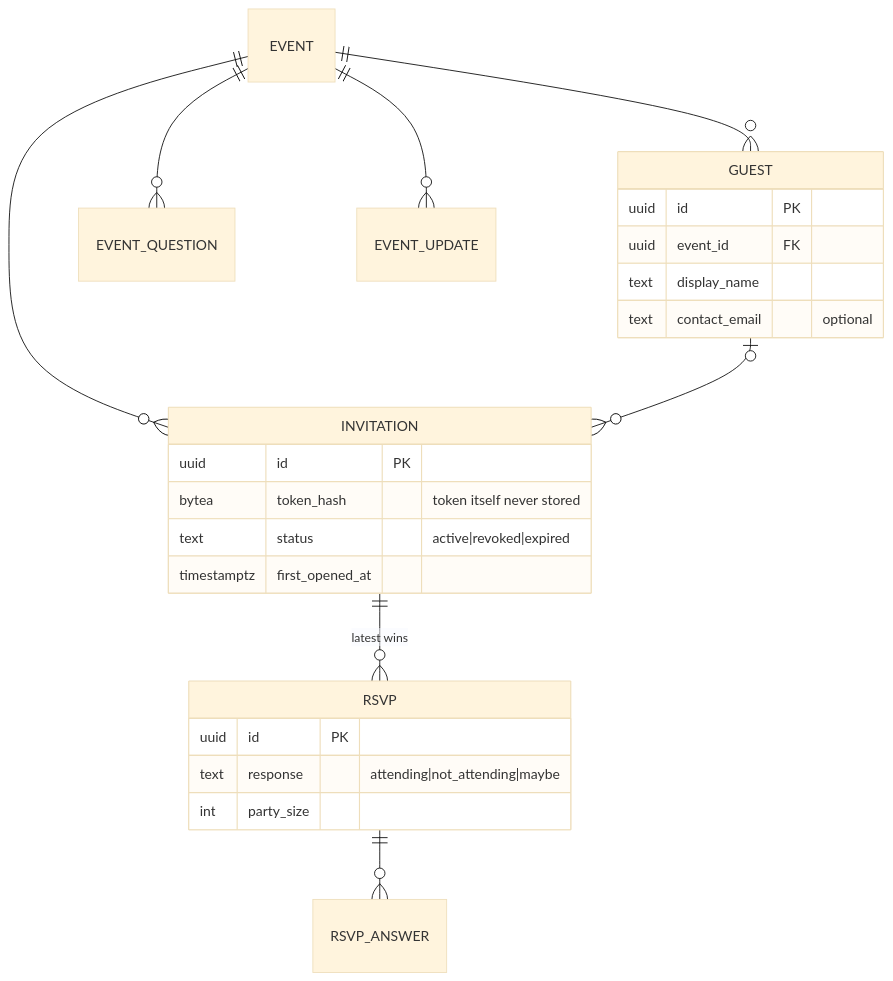
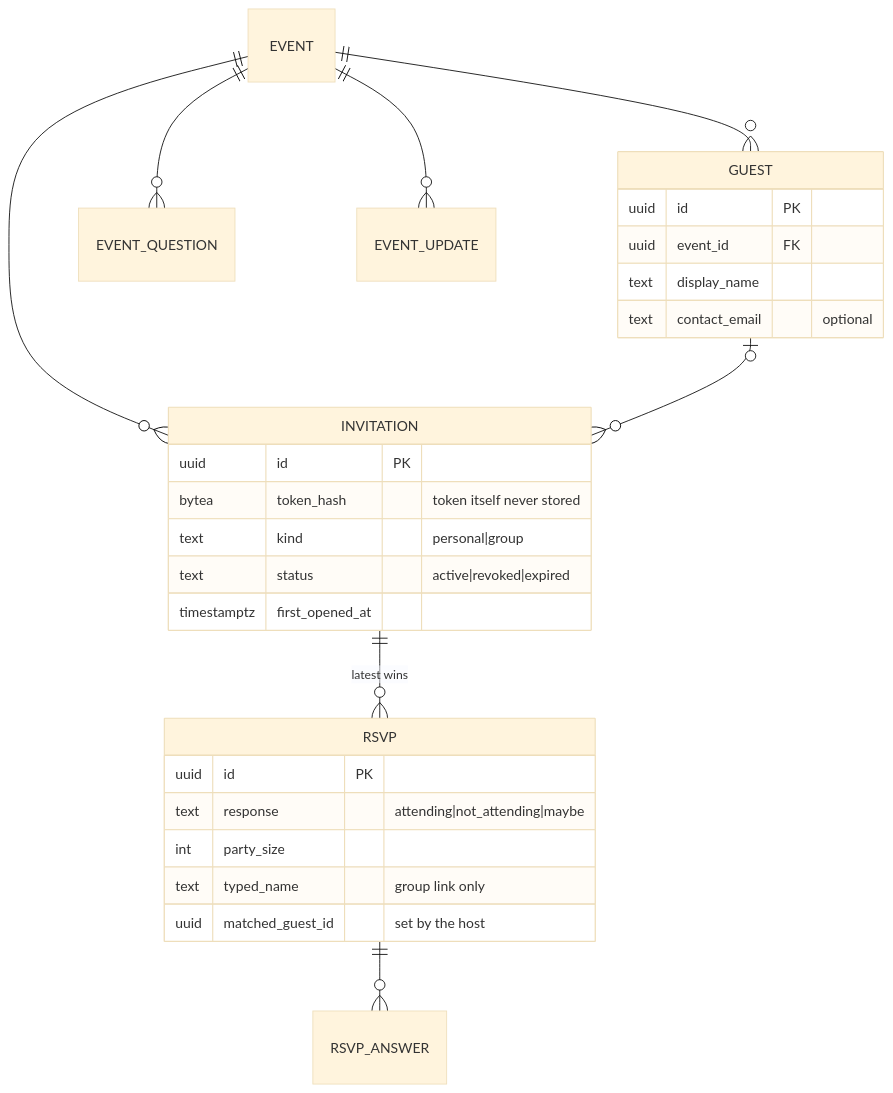
The sixth of 6 diagrams in docs/B-domain-and-data-model.md (supportlocalites/betalocalites), drawn with Mermaid (base theme) before and after one commit. The commit also changed other lines of this file and 15 other files, not shown here.

````diff
--- a/docs/B-domain-and-data-model.md
+++ b/docs/B-domain-and-data-model.md
@@ -272,27 +272,30 @@
 ```mermaid
 erDiagram
     EVENT ||--o{ GUEST : ""
     EVENT ||--o{ INVITATION : ""
     GUEST |o--o{ INVITATION : ""
     INVITATION ||--o{ RSVP : "latest wins"
     EVENT ||--o{ EVENT_QUESTION : ""
     RSVP ||--o{ RSVP_ANSWER : ""
     EVENT ||--o{ EVENT_UPDATE : ""
     GUEST {
         uuid id PK
         uuid event_id FK
         text display_name
         text contact_email "optional"
     }
     INVITATION {
         uuid id PK
         bytea token_hash "token itself never stored"
+        text kind "personal|group"
         text status "active|revoked|expired"
         timestamptz first_opened_at
     }
     RSVP {
         uuid id PK
         text response "attending|not_attending|maybe"
         int  party_size
+        text typed_name "group link only"
+        uuid matched_guest_id "set by the host"
     }
 ```
````
